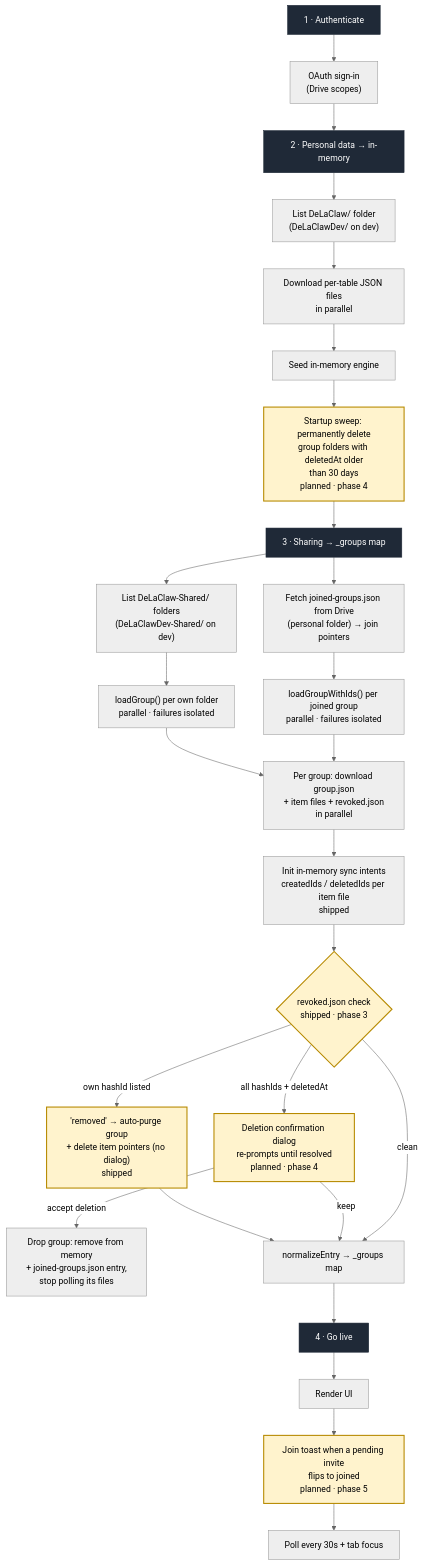
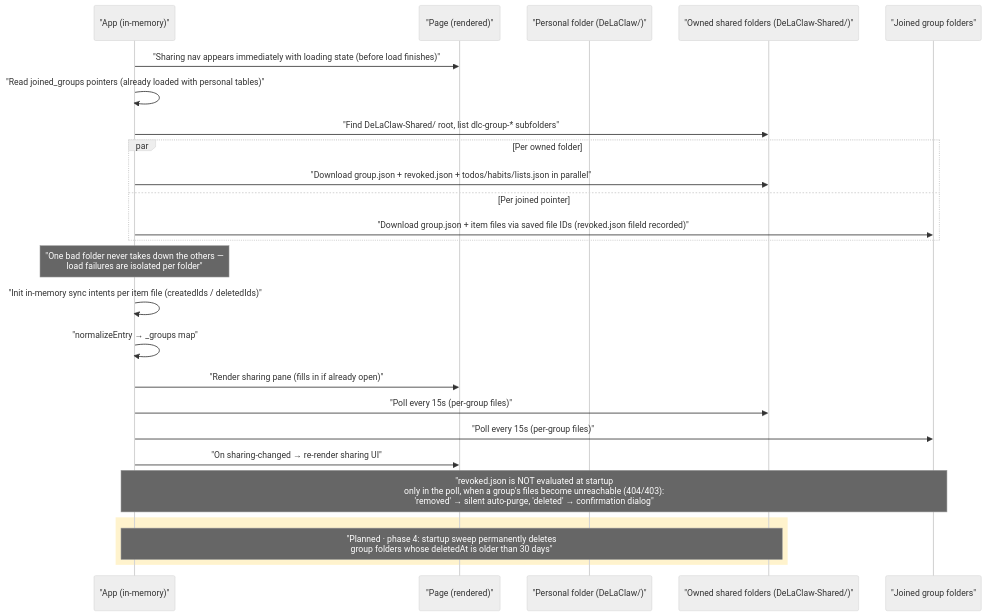
Before and after one commit to AntGro/DeLaClaw: the third of 7 diagrams in docs-site/sync-architecture.md, drawn with Mermaid (neutral theme). The commit also changed other lines of this file and 17 other files, not shown here.

First line of the commit message:
feat(drive): backup auto-rollback, single end-of-batch version stamp, joined_groups table

````diff
--- a/docs-site/sync-architecture.md
+++ b/docs-site/sync-architecture.md
@@ -42,42 +172,33 @@
 ```mermaid
-flowchart TD
-    H1["1 · Authenticate"]
-    OAUTH["OAuth sign-in<br/>(Drive scopes)"]
-    H2["2 · Personal data → in-memory"]
-    LISTP["List DeLaClaw/ folder<br/>(DeLaClawDev/ on dev)"]
-    DLP["Download per-table JSON files<br/>in parallel"]
-    SEED["Seed in-memory engine"]
-    SWEEP["Startup sweep: permanently delete<br/>group folders with deletedAt older<br/>than 30 days<br/>planned · phase 4"]
-    H3["3 · Sharing → _groups map"]
-    JG["Fetch joined-groups.json from Drive<br/>(personal folder) → join pointers"]
-    LISTG["List DeLaClaw-Shared/ folders<br/>(DeLaClawDev-Shared/ on dev)"]
-    OWNG["loadGroup() per own folder<br/>parallel · failures isolated"]
-    JOING["loadGroupWithIds() per joined group<br/>parallel · failures isolated"]
-    FILES["Per group: download group.json<br/>+ item files + revoked.json<br/>in parallel"]
-    INTENT["Init in-memory sync intents<br/>createdIds / deletedIds per item file<br/>shipped"]
-    REVOKE{"revoked.json check<br/>shipped · phase 3"}
-    REMOVED["'removed' → auto-purge group<br/>+ delete item pointers (no dialog)<br/>shipped"]
-    DELETED["Deletion confirmation dialog<br/>re-prompts until resolved<br/>planned · phase 4"]
-    PURGE["Drop group: remove from memory<br/>+ joined-groups.json entry,<br/>stop polling its files"]
-    NORM["normalizeEntry → _groups map"]
-    H4["4 · Go live"]
-    RENDER["Render UI"]
-    TOAST["Join toast when a pending invite<br/>flips to joined<br/>planned · phase 5"]
-    POLL["Poll every 30s + tab focus"]
+sequenceDiagram
+    participant App as "App (in-memory)"
+    participant Page as "Page (rendered)"
+    participant PF as "Personal folder (DeLaClaw/)"
+    participant OWN as "Owned shared folders (DeLaClaw-Shared/)"
+    participant JOIN as "Joined group folders"
 
-    H1 --> OAUTH --> H2 --> LISTP --> DLP --> SEED --> SWEEP --> H3
-    H3 --> LISTG --> OWNG --> FILES
-    H3 --> JG --> JOING --> FILES
-    FILES --> INTENT --> REVOKE
-    REVOKE -->|"own hashId listed"| REMOVED --> NORM
-    REVOKE -->|"all hashIds + deletedAt"| DELETED
-    DELETED -->|"keep"| NORM
-    DELETED -->|"accept deletion"| PURGE
-    REVOKE -->|"clean"| NORM
-    NORM --> H4 --> RENDER --> TOAST --> POLL
+    App->>Page: "Sharing nav appears immediately with loading state (before load finishes)"
+    App->>App: "Read joined_groups pointers (already loaded with personal tables)"
+    App->>OWN: "Find DeLaClaw-Shared/ root, list dlc-group-* subfolders"
 
-    classDef section fill:#1f2937,stroke:#1f2937,color:#fff
-    classDef planned fill:#fff3cd,stroke:#b78a00,stroke-width:2px
-    class H1,H2,H3,H4 section
-    class SWEEP,REVOKE,REMOVED,DELETED,TOAST planned
+    par Per owned folder
+        App->>OWN: "Download group.json + revoked.json + todos/habits/lists.json in parallel"
+    and Per joined pointer
+        App->>JOIN: "Download group.json + item files via saved file IDs (revoked.json fileId recorded)"
+    end
+
+    Note over App: "One bad folder never takes down the others —<br/>load failures are isolated per folder"
+
+    App->>App: "Init in-memory sync intents per item file (createdIds / deletedIds)"
+    App->>App: "normalizeEntry → _groups map"
+    App->>Page: "Render sharing pane (fills in if already open)"
+    App->>OWN: "Poll every 15s (per-group files)"
+    App->>JOIN: "Poll every 15s (per-group files)"
+    App->>Page: "On sharing-changed → re-render sharing UI"
+
+    Note over App,JOIN: "revoked.json is NOT evaluated at startup<br/>only in the poll, when a group's files become unreachable (404/403):<br/>'removed' → silent auto-purge, 'deleted' → confirmation dialog"
+
+    rect rgb(255, 243, 205)
+    Note over App,OWN: "Planned · phase 4: startup sweep permanently deletes<br/>group folders whose deletedAt is older than 30 days"
+    end
 ```
````
